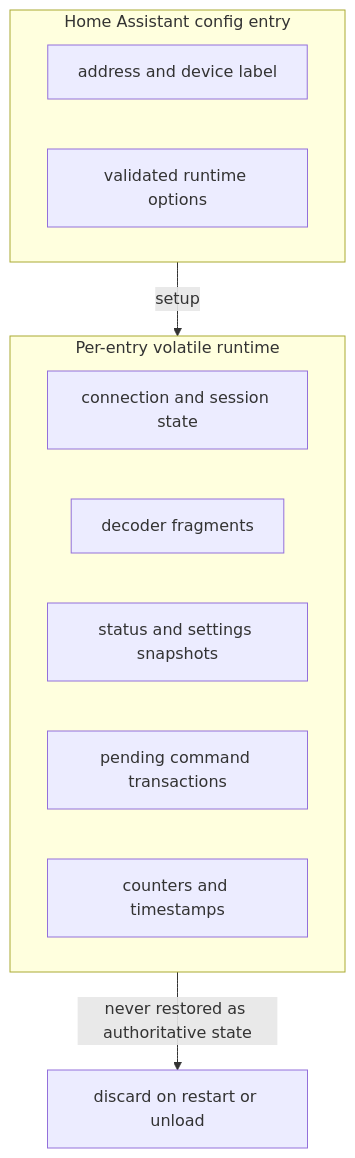
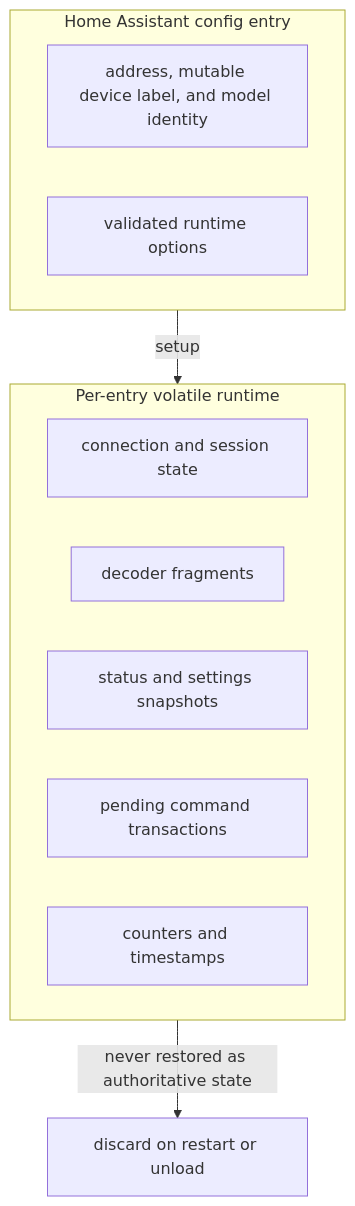
Before and after one commit to dedalodaelus/home-assistant-allpowers-ble: the tenth of 10 diagrams in docs/architecture/system-architecture.md, drawn with Mermaid. The commit also changed other lines of this file and 2 other files, not shown here.

Commit message:
docs: refresh architecture and compatibility

````diff
--- a/docs/architecture/system-architecture.md
+++ b/docs/architecture/system-architecture.md
@@ -366,18 +367,18 @@
 ```mermaid
 flowchart TB
     subgraph Persisted[Home Assistant config entry]
-        DATA[address and device label]
+        DATA[address, mutable device label, and model identity]
         OPT[validated runtime options]
     end
 
     subgraph Memory[Per-entry volatile runtime]
         CONN[connection and session state]
         DEC[decoder fragments]
         SNAP[status and settings snapshots]
         TX[pending command transactions]
         CNT[counters and timestamps]
     end
 
     Persisted -->|setup| Memory
     Memory -->|never restored as authoritative state| X[discard on restart or unload]
 ```
````
